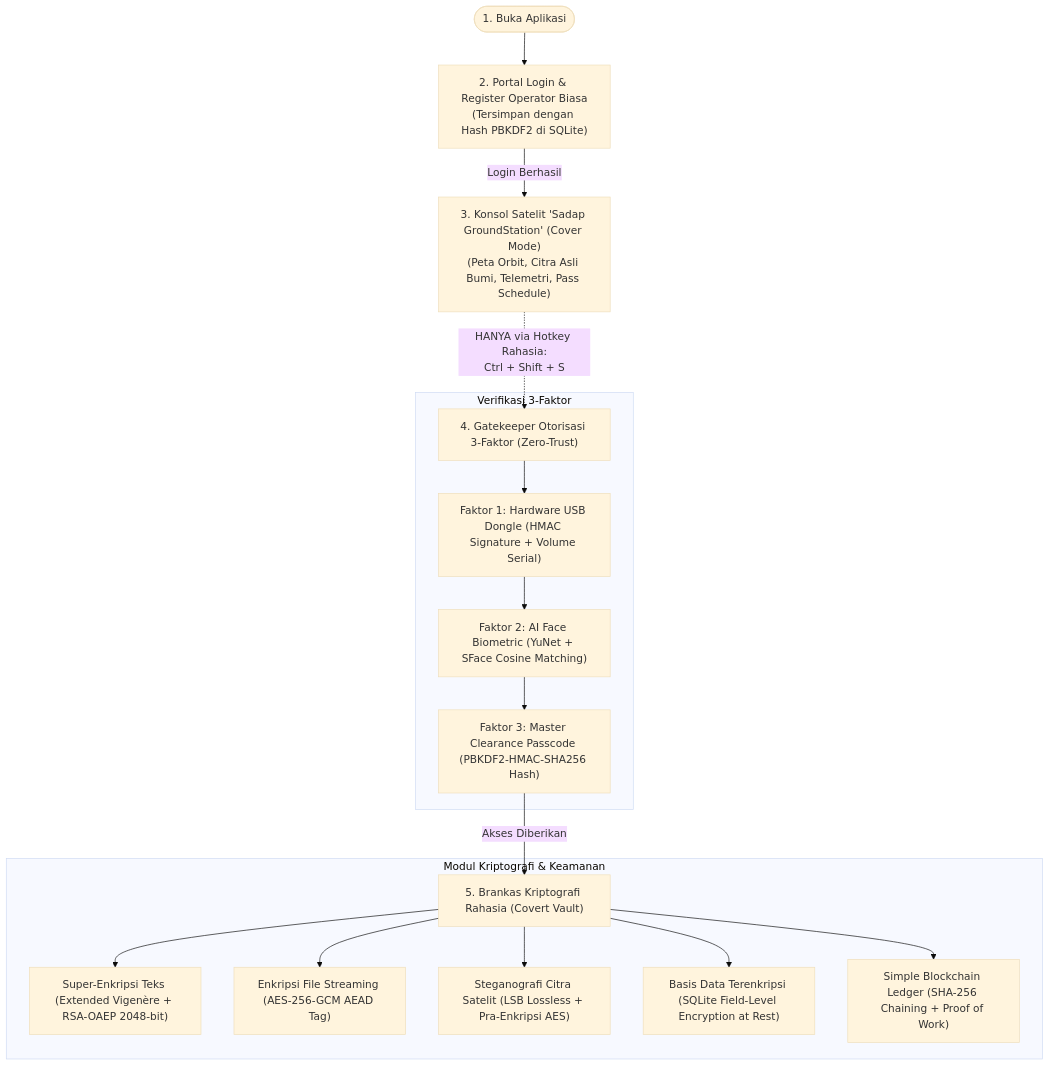
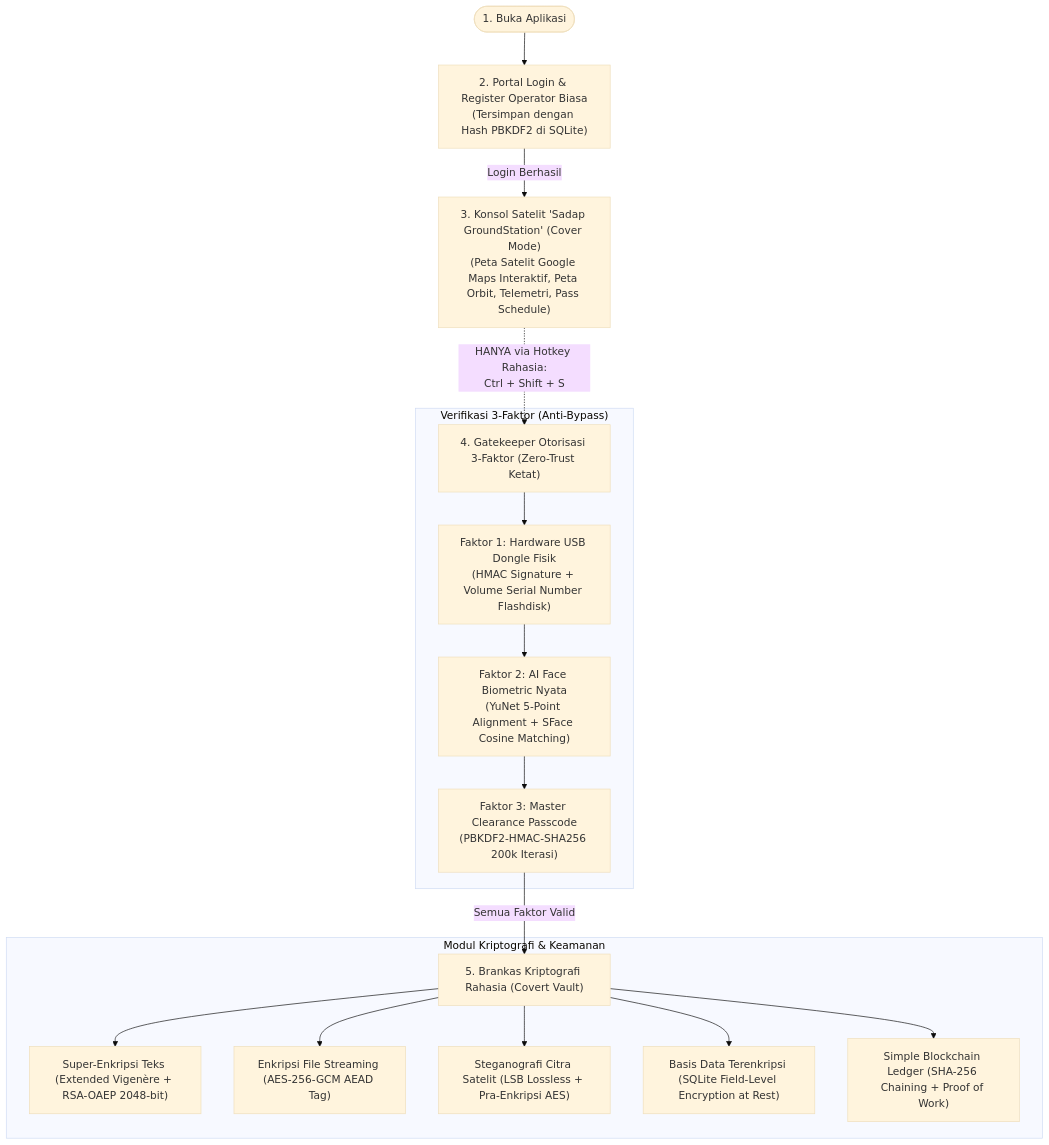
The diagram in README.md (ReinnentRZ/Sadap_Crypto_App), drawn with Mermaid (base theme) before and after one commit. The commit also changed other lines of this file and 14 other files, not shown here.

````diff
--- a/README.md
+++ b/README.md
@@ -13,23 +13,23 @@
 ```mermaid
 flowchart TD
     Start([1. Buka Aplikasi]) --> Portal["2. Portal Login & Register Operator Biasa\n(Tersimpan dengan Hash PBKDF2 di SQLite)"]
-    Portal -->|Login Berhasil| Cover["3. Konsol Satelit 'Sadap GroundStation' (Cover Mode)\n(Peta Orbit, Citra Asli Bumi, Telemetri, Pass Schedule)"]
+    Portal -->|Login Berhasil| Cover["3. Konsol Satelit 'Sadap GroundStation' (Cover Mode)\n(Peta Satelit Google Maps Interaktif, Peta Orbit, Telemetri, Pass Schedule)"]
     
-    Cover -.->|HANYA via Hotkey Rahasia:\nCtrl + Shift + S| Gatekeeper["4. Gatekeeper Otorisasi 3-Faktor (Zero-Trust)"]
+    Cover -.->|HANYA via Hotkey Rahasia:\nCtrl + Shift + S| Gatekeeper["4. Gatekeeper Otorisasi 3-Faktor (Zero-Trust Ketat)"]
     
-    subgraph ZeroTrustGate ["Verifikasi 3-Faktor"]
-        Gatekeeper --> F1["Faktor 1: Hardware USB Dongle (HMAC Signature + Volume Serial)"]
-        F1 --> F2["Faktor 2: AI Face Biometric (YuNet + SFace Cosine Matching)"]
-        F2 --> F3["Faktor 3: Master Clearance Passcode (PBKDF2-HMAC-SHA256 Hash)"]
+    subgraph ZeroTrustGate ["Verifikasi 3-Faktor (Anti-Bypass)"]
+        Gatekeeper --> F1["Faktor 1: Hardware USB Dongle Fisik\n(HMAC Signature + Volume Serial Number Flashdisk)"]
+        F1 --> F2["Faktor 2: AI Face Biometric Nyata\n(YuNet 5-Point Alignment + SFace Cosine Matching)"]
+        F2 --> F3["Faktor 3: Master Clearance Passcode\n(PBKDF2-HMAC-SHA256 200k Iterasi)"]
     end
     
-    F3 -->|Akses Diberikan| SecretVault["5. Brankas Kriptografi Rahasia (Covert Vault)"]
+    F3 -->|Semua Faktor Valid| SecretVault["5. Brankas Kriptografi Rahasia (Covert Vault)"]
     
     subgraph CryptoSuite ["Modul Kriptografi & Keamanan"]
         SecretVault --> M1["Super-Enkripsi Teks (Extended Vigenère + RSA-OAEP 2048-bit)"]
         SecretVault --> M2["Enkripsi File Streaming (AES-256-GCM AEAD Tag)"]
         SecretVault --> M3["Steganografi Citra Satelit (LSB Lossless + Pra-Enkripsi AES)"]
         SecretVault --> M4["Basis Data Terenkripsi (SQLite Field-Level Encryption at Rest)"]
         SecretVault --> M5["Simple Blockchain Ledger (SHA-256 Chaining + Proof of Work)"]
     end
 ```
````
